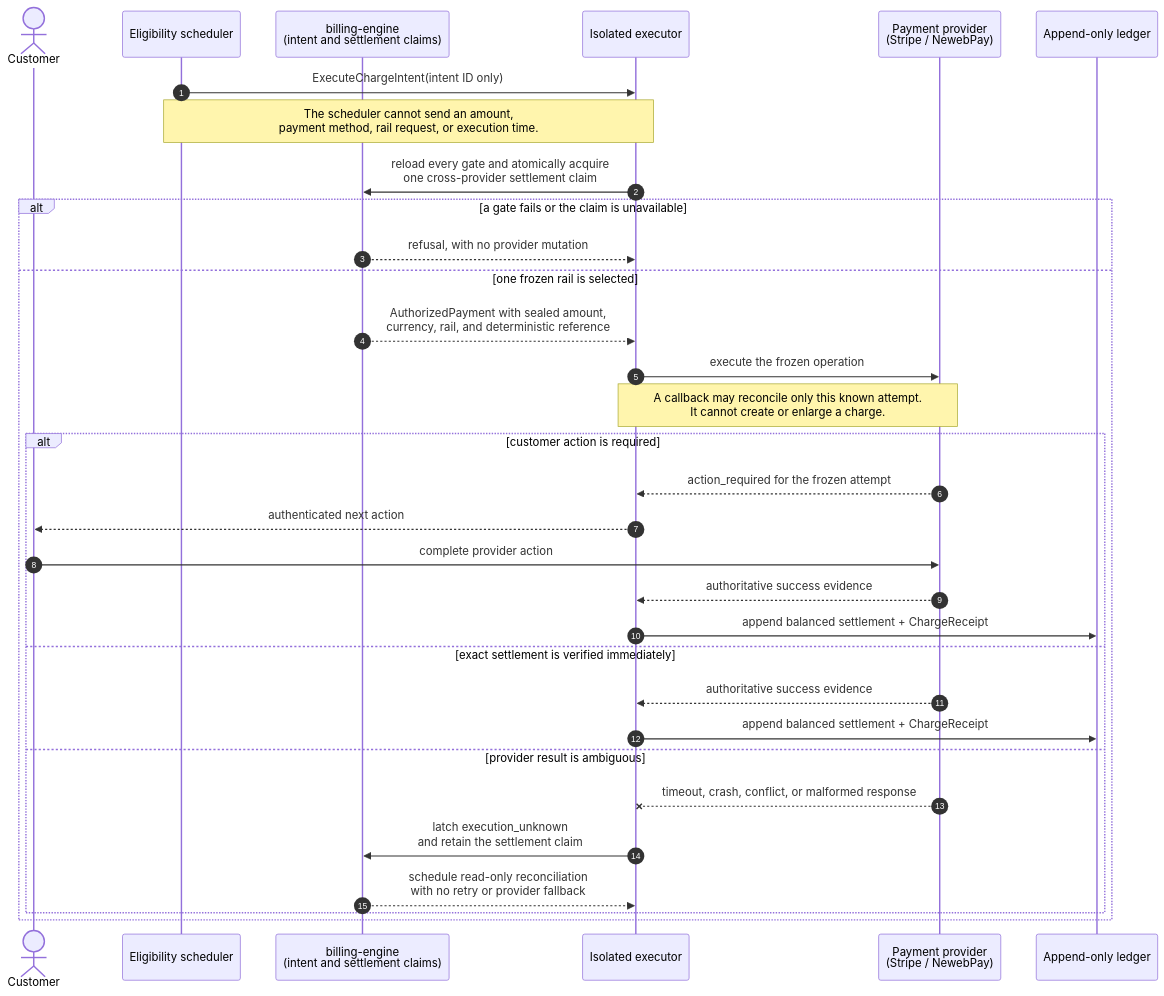
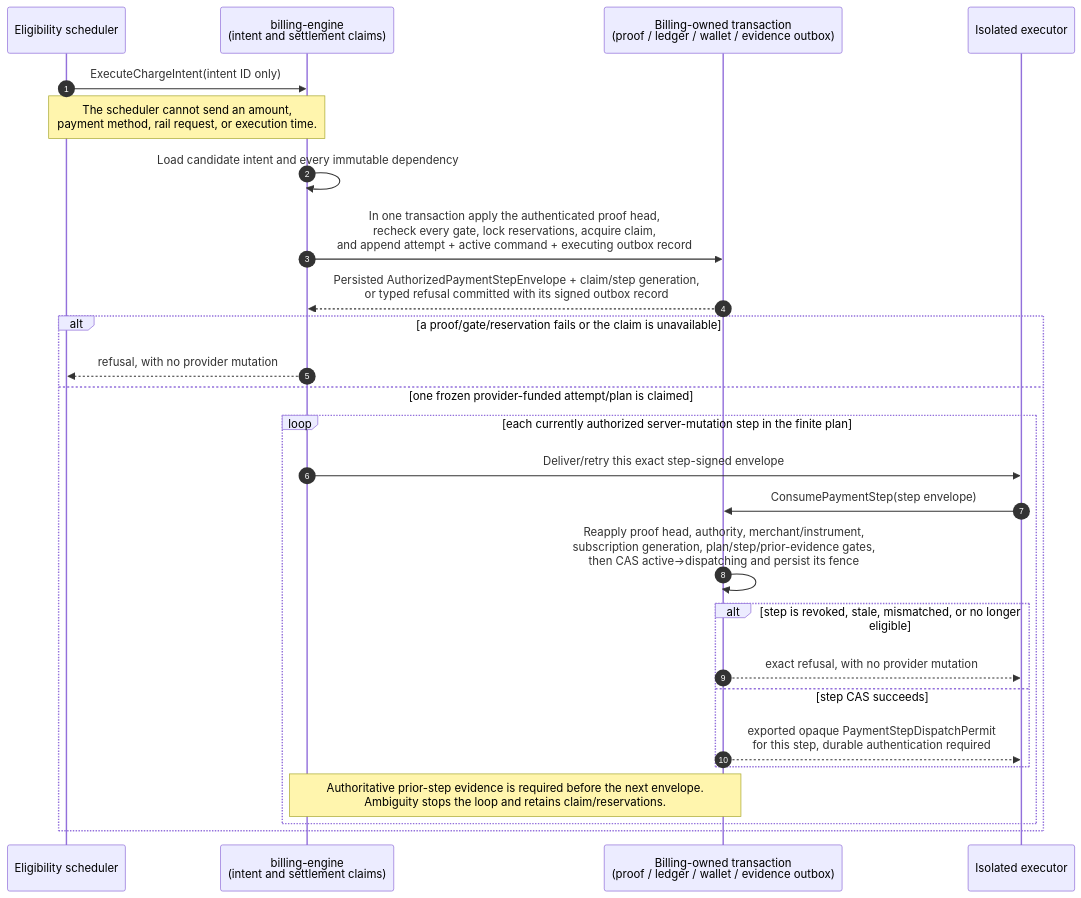
The fifth of 9 diagrams in docs/DESIGN.md (mirrorstack-ai/billing-engine), drawn with Mermaid before and after one commit. The commit also changed other lines of this file and 8 other files, not shown here.

Commit message:
docs: harden intent-only billing architecture

````diff
--- a/docs/DESIGN.md
+++ b/docs/DESIGN.md
@@ -374,36 +1558,29 @@
 ```mermaid
 sequenceDiagram
     autonumber
-    actor Customer
     participant Scheduler as Eligibility scheduler
     participant Engine as billing-engine<br/>(intent and settlement claims)
+    participant State as Billing-owned transaction<br/>(proof / ledger / wallet / evidence outbox)
     participant Executor as Isolated executor
-    participant Rail as Payment provider<br/>(Stripe / NewebPay)
-    participant Ledger as Append-only ledger
 
-    Scheduler->>Executor: ExecuteChargeIntent(intent ID only)
-    Note over Scheduler,Executor: The scheduler cannot send an amount,<br/>payment method, rail request, or execution time.
-    Executor->>Engine: reload every gate and atomically acquire<br/>one cross-provider settlement claim
-    alt a gate fails or the claim is unavailable
-        Engine-->>Executor: refusal, with no provider mutation
-    else one frozen rail is selected
-        Engine-->>Executor: AuthorizedPayment with sealed amount,<br/>currency, rail, and deterministic reference
-        Executor->>Rail: execute the frozen operation
-        Note over Executor,Rail: A callback may reconcile only this known attempt.<br/>It cannot create or enlarge a charge.
-
-        alt customer action is required
-            Rail-->>Executor: action_required for the frozen attempt
-            Executor-->>Customer: authenticated next action
-            Customer->>Rail: complete provider action
-            Rail-->>Executor: authoritative success evidence
-            Executor->>Ledger: append balanced settlement + ChargeReceipt
-        else exact settlement is verified immediately
-            Rail-->>Executor: authoritative success evidence
-            Executor->>Ledger: append balanced settlement + ChargeReceipt
-        else provider result is ambiguous
-            Rail--xExecutor: timeout, crash, conflict, or malformed response
-            Executor->>Engine: latch execution_unknown<br/>and retain the settlement claim
-            Engine-->>Executor: schedule read-only reconciliation<br/>with no retry or provider fallback
+    Scheduler->>Engine: ExecuteChargeIntent(intent ID only)
+    Note over Scheduler,Engine: The scheduler cannot send an amount,<br/>payment method, rail request, or execution time.
+    Engine->>Engine: Load candidate intent and every immutable dependency
+    Engine->>State: In one transaction apply the authenticated proof head,<br/>recheck every gate, lock reservations, acquire claim,<br/>and append attempt + active command + executing outbox record
+    State-->>Engine: Persisted AuthorizedPaymentStepEnvelope + claim/step generation,<br/>or typed refusal committed with its signed outbox record
+    alt a proof/gate/reservation fails or the claim is unavailable
+        Engine-->>Scheduler: refusal, with no provider mutation
+    else one frozen provider-funded attempt/plan is claimed
+        loop each currently authorized server-mutation step in the finite plan
+            Engine->>Executor: Deliver/retry this exact step-signed envelope
+            Executor->>State: ConsumePaymentStep(step envelope)
+            State->>State: Reapply proof head, authority, merchant/instrument,<br/>subscription generation, plan/step/prior-evidence gates,<br/>then CAS active→dispatching and persist its fence
+            alt step is revoked, stale, mismatched, or no longer eligible
+                State-->>Executor: exact refusal, with no provider mutation
+            else step CAS succeeds
+                State-->>Executor: exported opaque PaymentStepDispatchPermit<br/>for this step, durable authentication required
+            end
+            Note over Engine,State: Authoritative prior-step evidence is required before the next envelope.<br/>Ambiguity stops the loop and retains claim/reservations.
         end
     end
 ```
````
